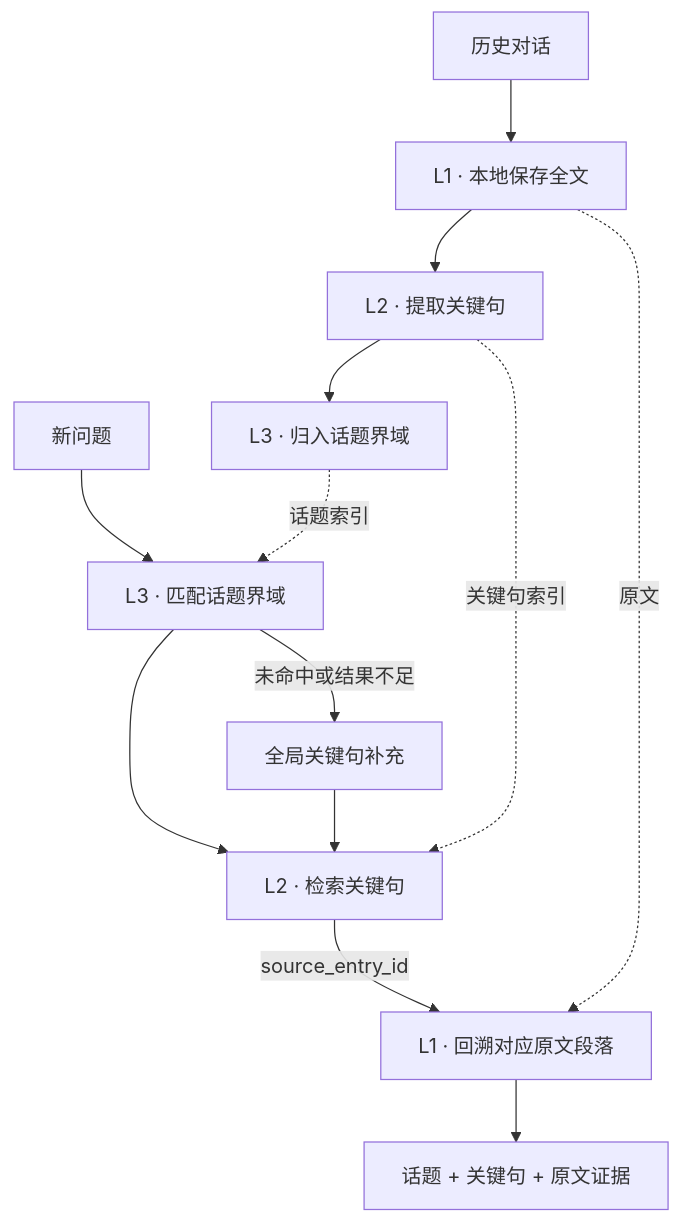
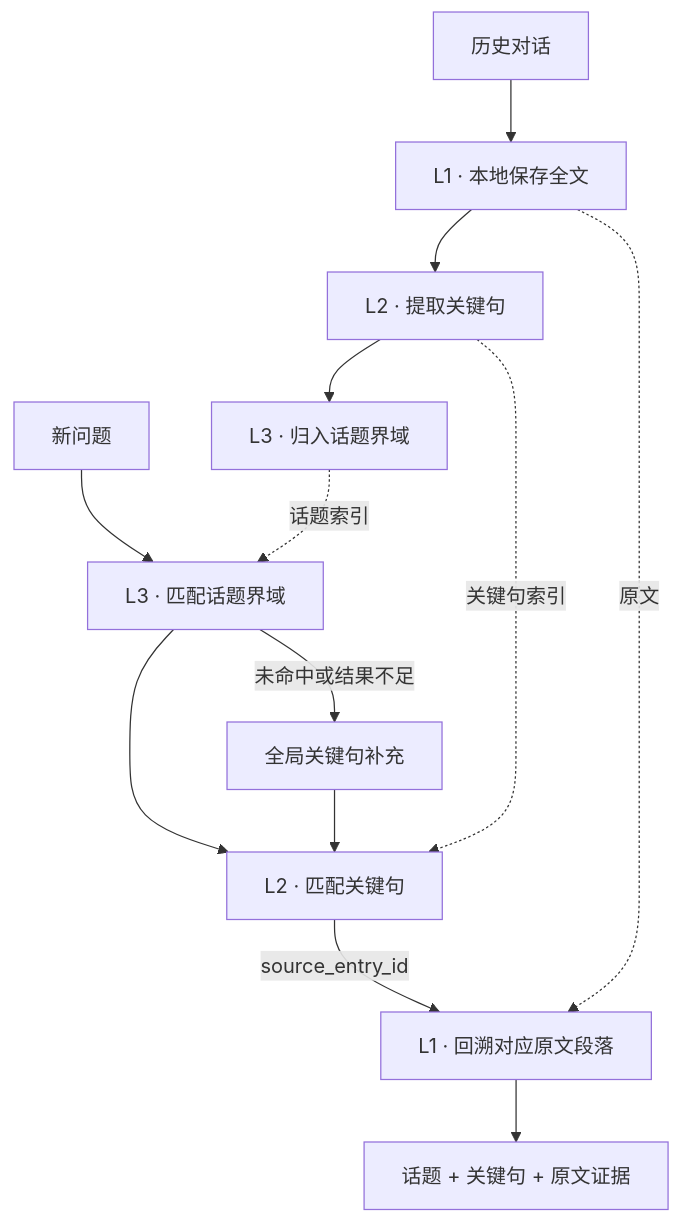
The diagram in README.zh.md (suyunpledge/hierarchical-retrieval), drawn with Mermaid before and after one commit.

Commit message:
docs: clarify key-sentence retrieval diagram

````diff
--- a/README.zh.md
+++ b/README.zh.md
@@ -67,15 +67,15 @@
 ```mermaid
 flowchart TD
     A["历史对话"] --> B["L1 · 本地保存全文"]
     B --> C["L2 · 提取关键句"]
     C --> D["L3 · 归入话题界域"]
     Q["新问题"] --> E["L3 · 匹配话题界域"]
-    E --> F["L2 · 检索关键句"]
+    E --> F["L2 · 匹配关键句"]
     E -- "未命中或结果不足" --> G["全局关键句补充"]
     G --> F
     D -. "话题索引" .-> E
     C -. "关键句索引" .-> F
     F -- "source_entry_id" --> H["L1 · 回溯对应原文段落"]
     B -. "原文" .-> H
     H --> R["话题 + 关键句 + 原文证据"]
 ```
````
